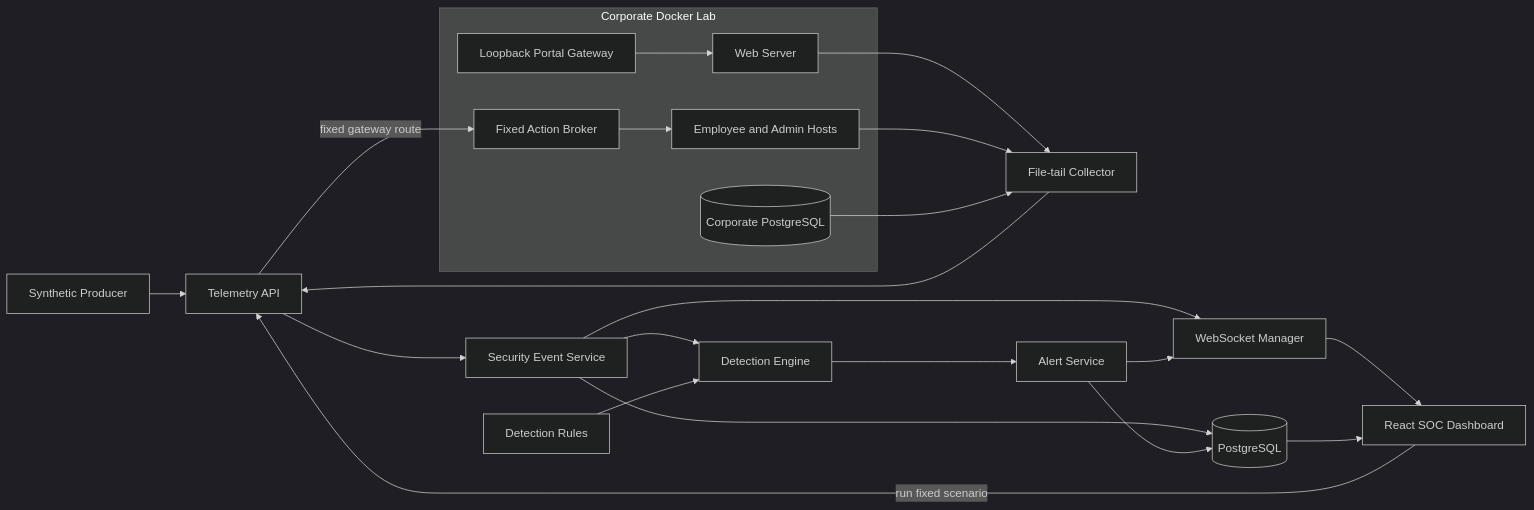
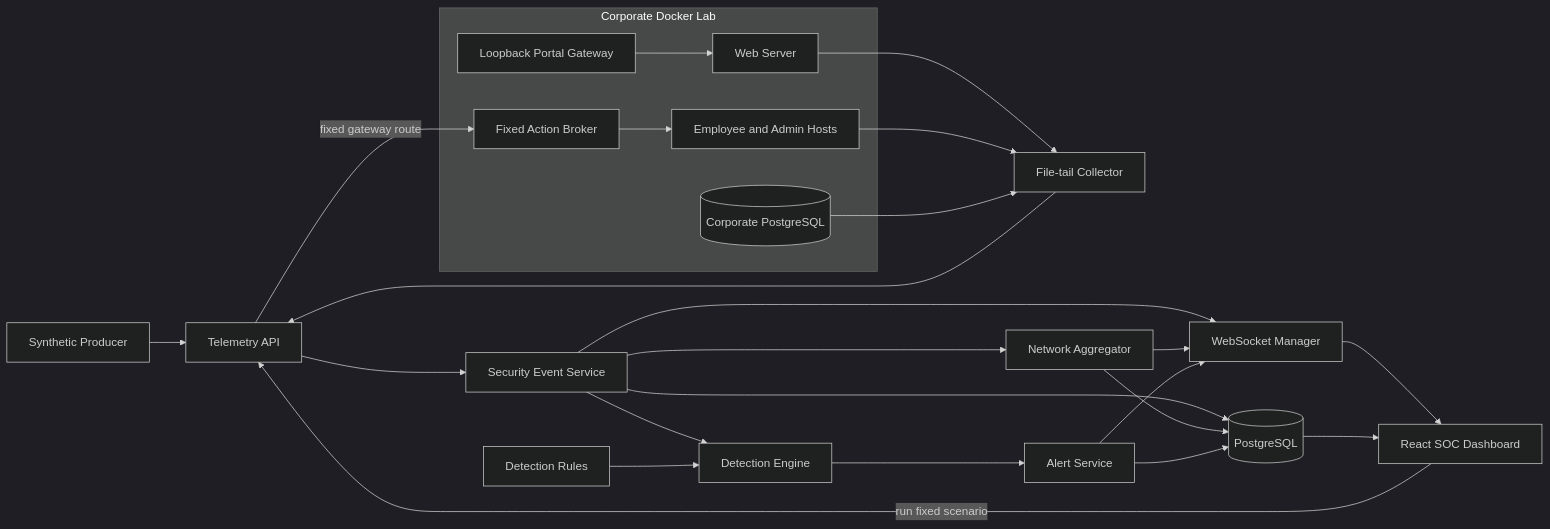
One commit to Mayroskapnos/sentinel-security-platform changed the first of 4 diagrams in docs/architecture.md. Above: the diagram before and after it, drawn with Mermaid (dark theme). The commit also changed other lines of this file and 43 other files, not shown here.

````diff
--- a/docs/architecture.md
+++ b/docs/architecture.md
@@ -7,40 +7,44 @@
 ```mermaid
 flowchart LR
     Producer[Synthetic Producer]
     subgraph Lab[Corporate Docker Lab]
         Gateway[Loopback Portal Gateway]
         Simulator[Fixed Action Broker]
         Web[Web Server]
         Hosts[Employee and Admin Hosts]
         LabDB[(Corporate PostgreSQL)]
     end
     Collector[File-tail Collector]
     Ingest[Telemetry API]
     Events[Security Event Service]
     DB[(PostgreSQL)]
     Engine[Detection Engine]
     Rules[Detection Rules]
     Alerts[Alert Service]
+    Network[Network Aggregator]
     WS[WebSocket Manager]
     UI[React SOC Dashboard]
 
     Producer --> Ingest
     UI -->|run fixed scenario| Ingest
     Ingest -->|fixed gateway route| Simulator
     Simulator --> Hosts
     Gateway --> Web
     Web --> Collector
     Hosts --> Collector
     LabDB --> Collector
     Collector --> Ingest
     Ingest --> Events
     Events --> DB
     Events --> WS
+    Events --> Network
+    Network --> DB
+    Network --> WS
     Events --> Engine
     Rules --> Engine
     Engine --> Alerts
     Alerts --> DB
     Alerts --> WS
     WS --> UI
     DB --> UI
 ```
````
